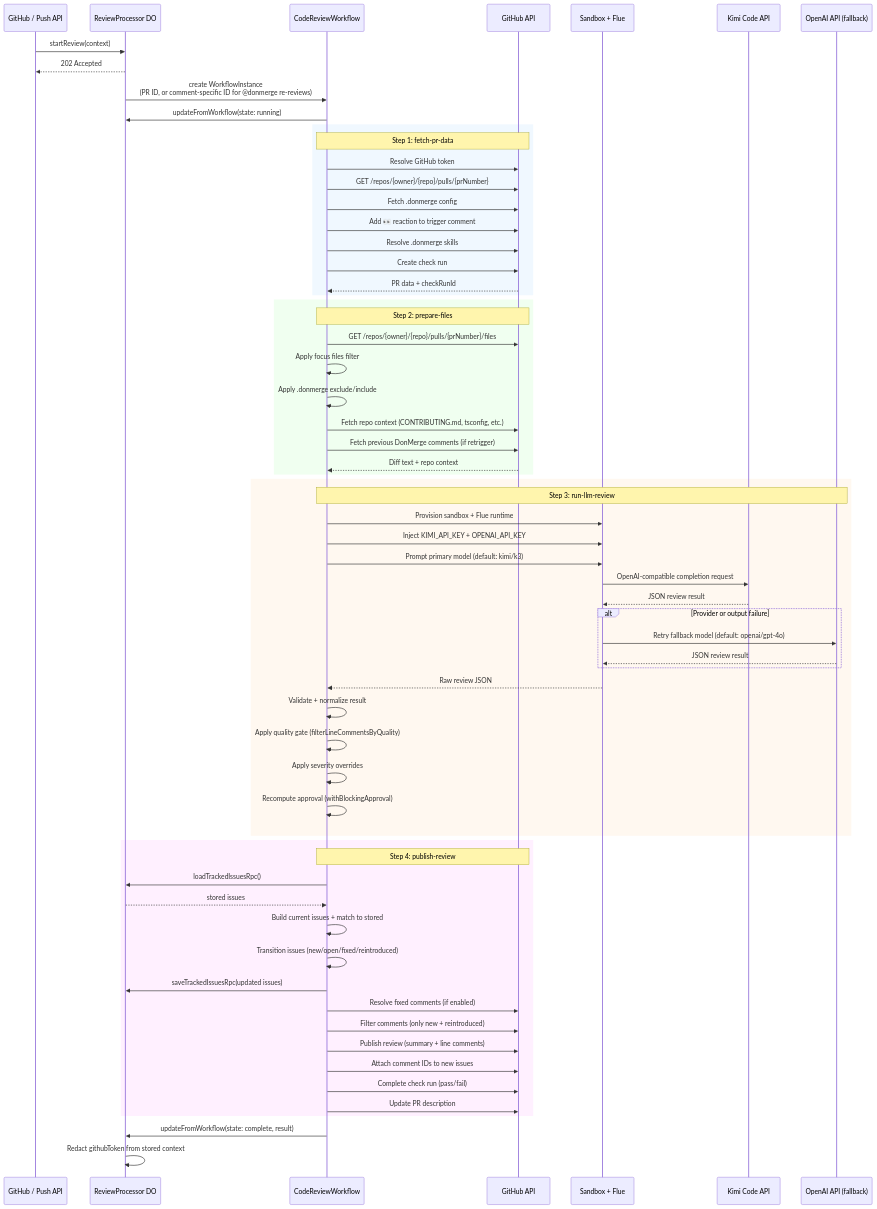
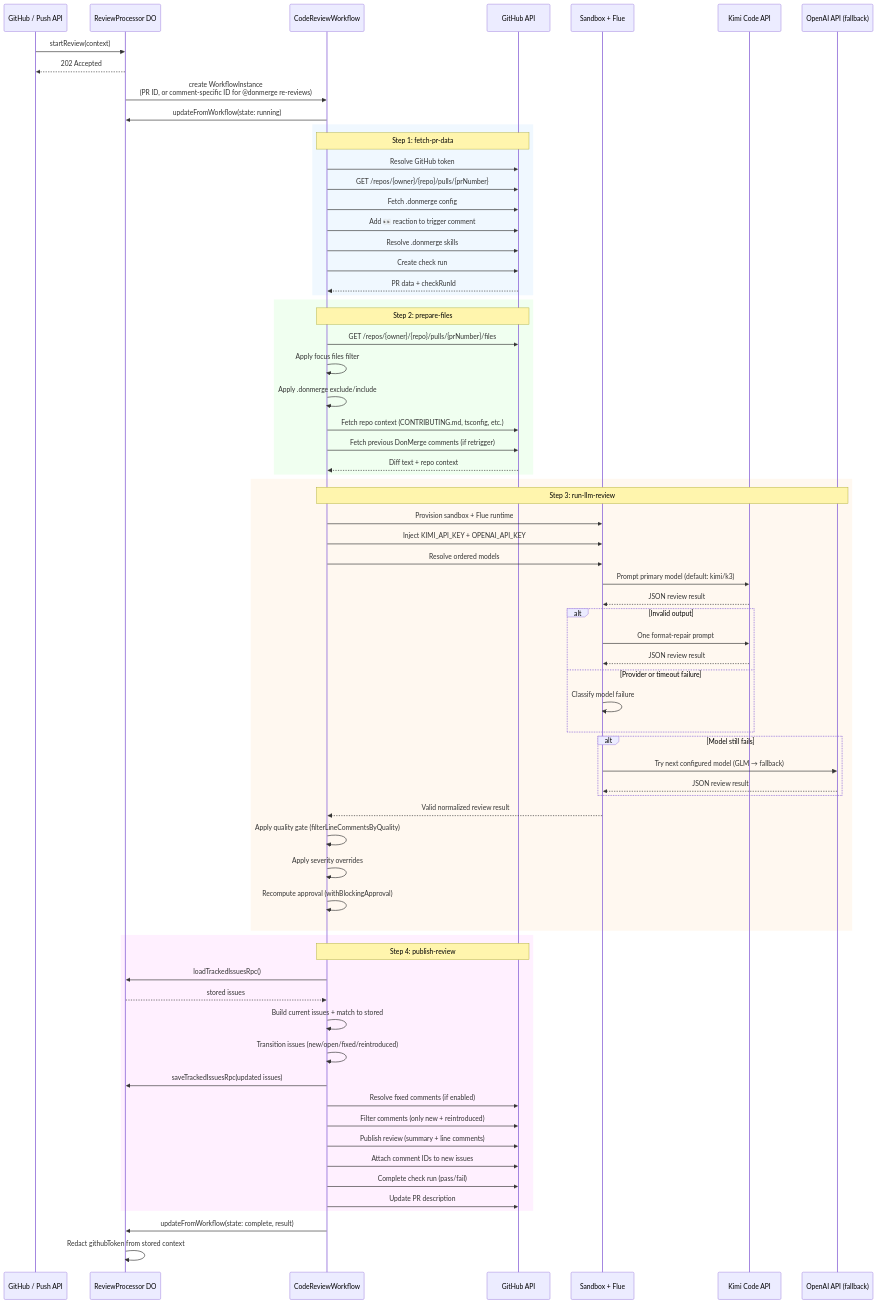
Before and after one commit to mauroziux/donmerge: the second of 7 diagrams in docs/ARCHITECTURE.md, drawn with Mermaid. The commit also changed other lines of this file and 4 other files, not shown here.

First line of the commit message:
refactor(review): isolate model retry policy

````diff
--- a/docs/ARCHITECTURE.md
+++ b/docs/ARCHITECTURE.md
@@ -90,74 +91,79 @@
 ```mermaid
 sequenceDiagram
     participant GH as GitHub / Push API
     participant DO as ReviewProcessor DO
     participant WF as CodeReviewWorkflow
     participant GA as GitHub API
     participant SB as Sandbox + Flue
     participant KIMI as Kimi Code API
     participant OAI as OpenAI API (fallback)
 
     GH->>DO: startReview(context)
     DO-->>GH: 202 Accepted
 
     DO->>WF: create WorkflowInstance<br/>(PR ID, or comment-specific ID for @donmerge re-reviews)
 
     WF->>DO: updateFromWorkflow(state: running)
 
     rect rgb(240, 248, 255)
         Note over WF,GA: Step 1: fetch-pr-data
         WF->>GA: Resolve GitHub token
         WF->>GA: GET /repos/{owner}/{repo}/pulls/{prNumber}
         WF->>GA: Fetch .donmerge config
         WF->>GA: Add 👀 reaction to trigger comment
         WF->>GA: Resolve .donmerge skills
         WF->>GA: Create check run
         GA-->>WF: PR data + checkRunId
     end
 
     rect rgb(240, 255, 240)
         Note over WF,GA: Step 2: prepare-files
         WF->>GA: GET /repos/{owner}/{repo}/pulls/{prNumber}/files
         WF->>WF: Apply focus files filter
         WF->>WF: Apply .donmerge exclude/include
         WF->>GA: Fetch repo context (CONTRIBUTING.md, tsconfig, etc.)
         WF->>GA: Fetch previous DonMerge comments (if retrigger)
         GA-->>WF: Diff text + repo context
     end
 
     rect rgb(255, 248, 240)
         Note over WF,OAI: Step 3: run-llm-review
         WF->>SB: Provision sandbox + Flue runtime
         WF->>SB: Inject KIMI_API_KEY + OPENAI_API_KEY
-        WF->>SB: Prompt primary model (default: kimi/k3)
-        SB->>KIMI: OpenAI-compatible completion request
+        WF->>SB: Resolve ordered models
+        SB->>KIMI: Prompt primary model (default: kimi/k3)
         KIMI-->>SB: JSON review result
-        alt Provider or output failure
-            SB->>OAI: Retry fallback model (default: openai/gpt-4o)
+        alt Invalid output
+            SB->>KIMI: One format-repair prompt
+            KIMI-->>SB: JSON review result
+        else Provider or timeout failure
+            SB->>SB: Classify model failure
+        end
+        alt Model still fails
+            SB->>OAI: Try next configured model (GLM → fallback)
             OAI-->>SB: JSON review result
         end
-        SB-->>WF: Raw review JSON
-        WF->>WF: Validate + normalize result
+        SB-->>WF: Valid normalized review result
         WF->>WF: Apply quality gate (filterLineCommentsByQuality)
         WF->>WF: Apply severity overrides
         WF->>WF: Recompute approval (withBlockingApproval)
     end
 
     rect rgb(255, 240, 255)
         Note over WF,GA: Step 4: publish-review
         WF->>DO: loadTrackedIssuesRpc()
         DO-->>WF: stored issues
         WF->>WF: Build current issues + match to stored
         WF->>WF: Transition issues (new/open/fixed/reintroduced)
         WF->>DO: saveTrackedIssuesRpc(updated issues)
         WF->>GA: Resolve fixed comments (if enabled)
         WF->>GA: Filter comments (only new + reintroduced)
         WF->>GA: Publish review (summary + line comments)
         WF->>GA: Attach comment IDs to new issues
         WF->>GA: Complete check run (pass/fail)
         WF->>GA: Update PR description
     end
 
     WF->>DO: updateFromWorkflow(state: complete, result)
     DO->>DO: Redact githubToken from stored context
 ```
````
